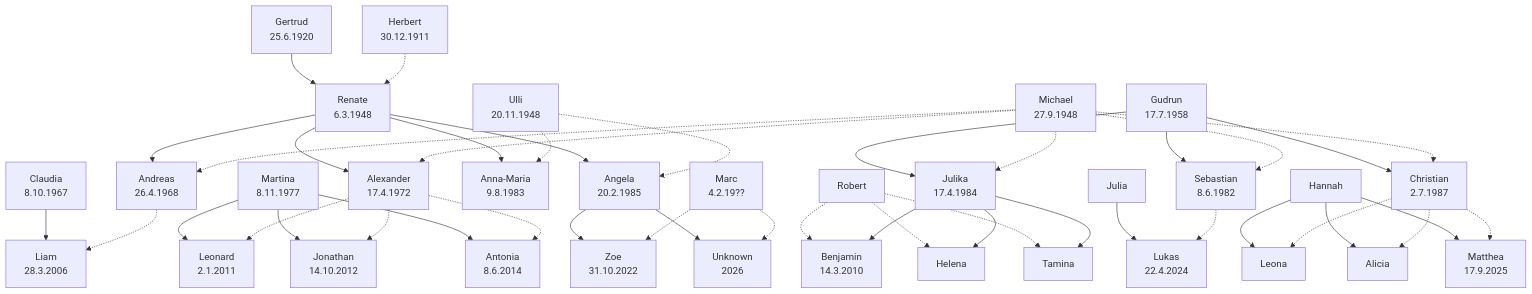
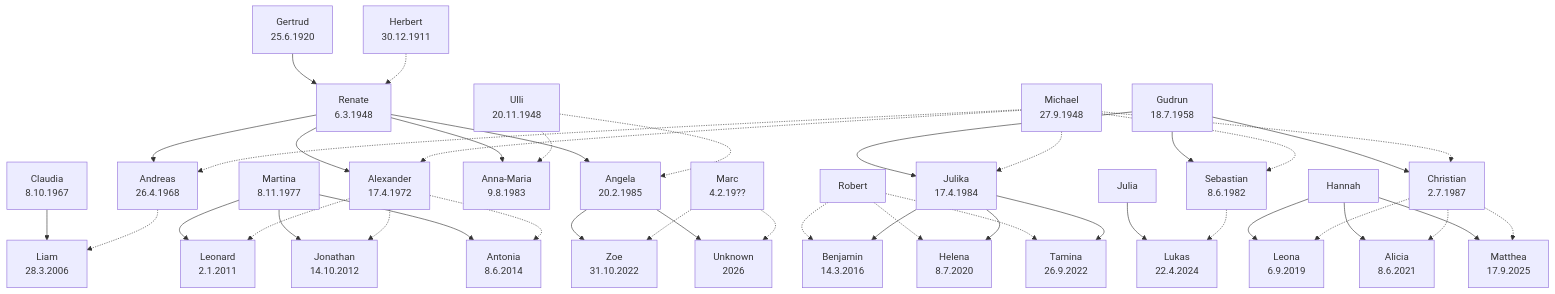
The second of 2 diagrams in ahnen.md (adorn4711/hello-world), drawn with Mermaid before and after one commit. The commit also changed other lines of this file, not shown here.

````diff
--- a/ahnen.md
+++ b/ahnen.md
@@ -24,18 +86,18 @@
     Martina[Martina<br>8.11.1977]
     Marc[Marc<br>4.2.19??]
 
-    Gudrun[Gudrun<br>17.7.1958]
+    Gudrun[Gudrun<br>18.7.1958]
     Sebastian[Sebastian<br>8.6.1982]
     Julika[Julika<br>17.4.1984]
     Christian[Christian<br>2.7.1987]
     Robert[Robert]
     Hannah[Hannah]
     Julia[Julia]
-    Benjamin[Benjamin<br>14.3.2010]
-    Helena[Helena<br>]
-    Tamina[Tamina<br>]
-    Leona[Leona<br>]
-    Alicia[Alicia<br>]
+    Benjamin[Benjamin<br>14.3.2016]
+    Helena[Helena<br>8.7.2020]
+    Tamina[Tamina<br>26.9.2022]
+    Leona[Leona<br>6.9.2019]
+    Alicia[Alicia<br>8.6.2021]
     Matthea[Matthea<br>17.9.2025]
 
     Lukas[Lukas<br>22.4.2024]
@@ -98,4 +160,4 @@
 
     %%linkStyle 0,2,4,6,8,10,12,14,16,18,20 %%class fatherLink;
     %%linkStyle 1,3,5,7,9,11,13,15,17,19,21 %%class motherLink;
-```    
+```
````
